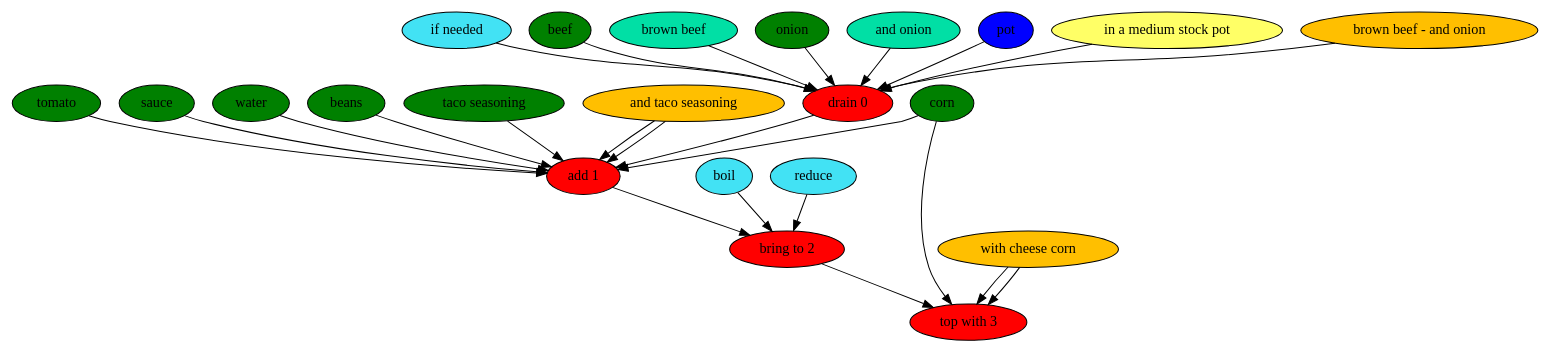
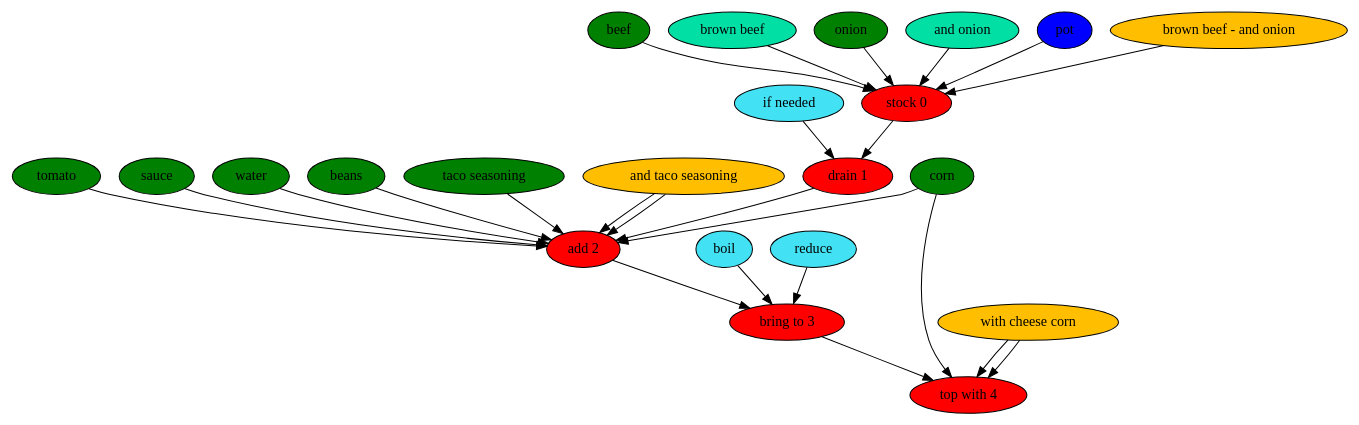
One commit to can-keklik/RecipePostagger changed the diagram in results/paper/taco-soup-iv.dot. Above: the diagram before and after it, drawn with Graphviz. The commit also changed 36 other files, not shown here.

```diff
--- a/results/paper/taco-soup-iv.dot
+++ b/results/paper/taco-soup-iv.dot
@@ -1,51 +1,51 @@
 digraph G {
-"drain 0" [style=filled, fillcolor=red];
+"stock 0" [style=filled, fillcolor=red];
+beef [style=filled, fillcolor=green];
+beef -> "stock 0";
+"brown beef" [style=filled, fillcolor="#01DFA5"];
+"brown beef" -> "stock 0";
+onion [style=filled, fillcolor=green];
+onion -> "stock 0";
+"and onion" [style=filled, fillcolor="#01DFA5"];
+"and onion" -> "stock 0";
+pot [style=filled, fillcolor="#0000ff"];
+pot -> "stock 0";
+"brown beef - and onion" [style=filled, fillcolor="#FFBF00"];
+"brown beef - and onion" -> "stock 0";
+"drain 1" [style=filled, fillcolor=red];
 "if needed" [style=filled, fillcolor="#42e2f4"];
-"if needed" -> "drain 0";
-beef [style=filled, fillcolor=green];
-beef -> "drain 0";
-"brown beef" [style=filled, fillcolor="#01DFA5"];
-"brown beef" -> "drain 0";
-onion [style=filled, fillcolor=green];
-onion -> "drain 0";
-"and onion" [style=filled, fillcolor="#01DFA5"];
-"and onion" -> "drain 0";
-pot [style=filled, fillcolor="#0000ff"];
-pot -> "drain 0";
-"in a medium stock pot" [style=filled, fillcolor="#ffff66"];
-"in a medium stock pot" -> "drain 0";
-"brown beef - and onion" [style=filled, fillcolor="#FFBF00"];
-"brown beef - and onion" -> "drain 0";
-"add 1" [style=filled, fillcolor=red];
+"if needed" -> "drain 1";
+"add 2" [style=filled, fillcolor=red];
 tomato [style=filled, fillcolor=green];
-tomato -> "add 1";
+tomato -> "add 2";
 sauce [style=filled, fillcolor=green];
-sauce -> "add 1";
+sauce -> "add 2";
 water [style=filled, fillcolor=green];
-water -> "add 1";
+water -> "add 2";
 beans [style=filled, fillcolor=green];
-beans -> "add 1";
+beans -> "add 2";
 corn [style=filled, fillcolor=green];
-corn -> "add 1";
+corn -> "add 2";
 "taco seasoning" [style=filled, fillcolor=green];
-"taco seasoning" -> "add 1";
+"taco seasoning" -> "add 2";
 "and taco seasoning" [style=filled, fillcolor="#01DFA5"];
-"and taco seasoning" -> "add 1";
+"and taco seasoning" -> "add 2";
 "and taco seasoning" [style=filled, fillcolor="#FFBF00"];
-"and taco seasoning" -> "add 1";
-"bring to 2" [style=filled, fillcolor=red];
+"and taco seasoning" -> "add 2";
+"bring to 3" [style=filled, fillcolor=red];
 boil [style=filled, fillcolor="#42e2f4"];
-boil -> "bring to 2";
+boil -> "bring to 3";
 reduce [style=filled, fillcolor="#42e2f4"];
-reduce -> "bring to 2";
-"top with 3" [style=filled, fillcolor=red];
+reduce -> "bring to 3";
+"top with 4" [style=filled, fillcolor=red];
 corn [style=filled, fillcolor=green];
-corn -> "top with 3";
+corn -> "top with 4";
 "with cheese corn" [style=filled, fillcolor="#01DFA5"];
-"with cheese corn" -> "top with 3";
+"with cheese corn" -> "top with 4";
 "with cheese corn" [style=filled, fillcolor="#FFBF00"];
-"with cheese corn" -> "top with 3";
-"drain 0" -> "add 1";
-"add 1" -> "bring to 2";
-"bring to 2" -> "top with 3";
+"with cheese corn" -> "top with 4";
+"stock 0" -> "drain 1";
+"drain 1" -> "add 2";
+"add 2" -> "bring to 3";
+"bring to 3" -> "top with 4";
 }
```
